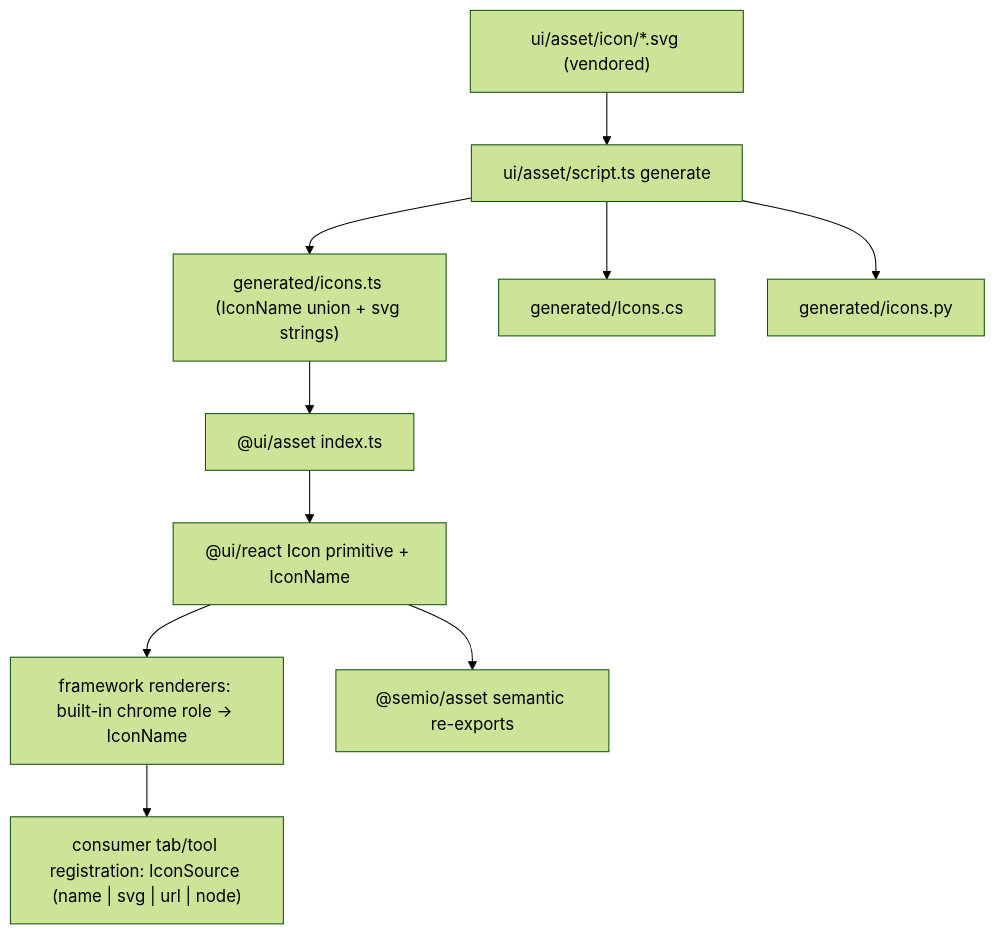
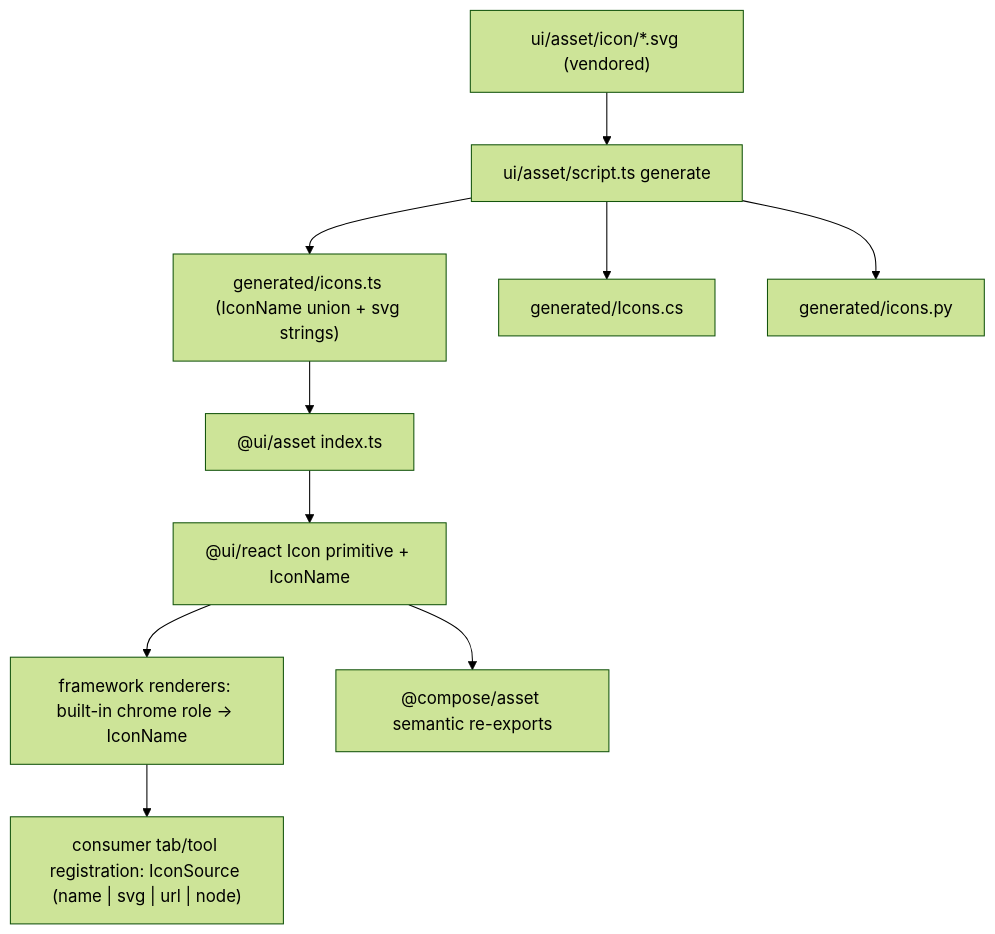
One commit to usalu/semio changed the diagram in .cursor/plans/framework_icon_interface_de631a59.plan.md. Above: the diagram before and after it, drawn with Mermaid (forest theme). The commit also changed other lines of this file and 7735 other files, not shown here.

````diff
--- a/.cursor/plans/framework_icon_interface_de631a59.plan.md
+++ b/.cursor/plans/framework_icon_interface_de631a59.plan.md
@@ -24,12 +24,12 @@
 ```mermaid
 flowchart TD
   svg["ui/asset/icon/*.svg (vendored)"] --> script["ui/asset/script.ts generate"]
   script --> js["generated/icons.ts (IconName union + svg strings)"]
   script --> net["generated/Icons.cs"]
   script --> py["generated/icons.py"]
   js --> uiassets["@ui/asset index.ts"]
   uiassets --> icon["@ui/react Icon primitive + IconName"]
   icon --> fw["framework renderers: built-in chrome role -> IconName"]
-  icon --> semio["@semio/asset semantic re-exports"]
+  icon --> compose["@compose/asset semantic re-exports"]
   fw --> consumer["consumer tab/tool registration: IconSource (name | svg | url | node)"]
 ```
````
